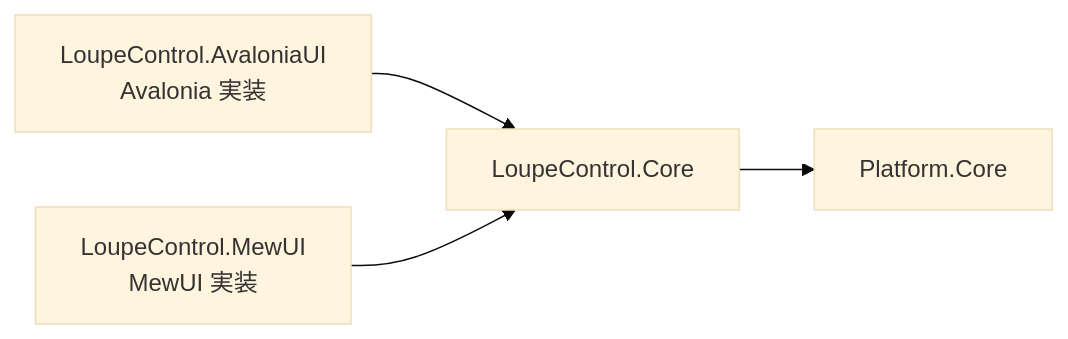
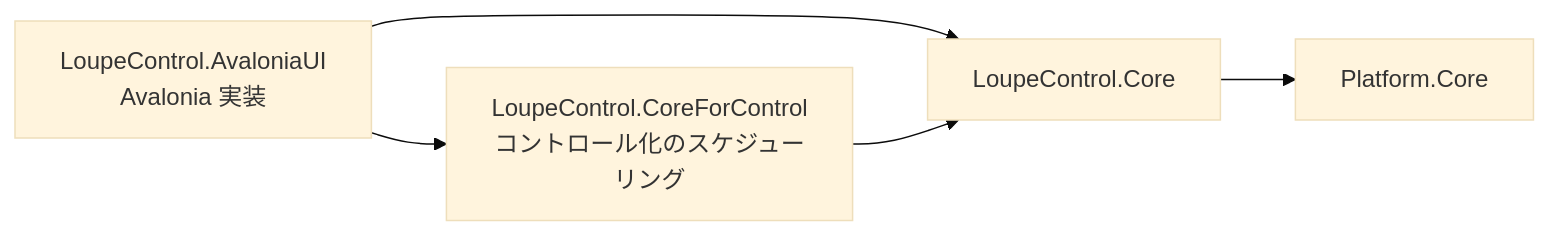
Before and after one commit to tomokuni/SaveEvidence: the first of 2 diagrams in src/LoupeControl.Core/SPEC_System.md, drawn with Mermaid (base theme). The commit also changed other lines of this file and 201 other files, not shown here.

````diff
--- a/src/LoupeControl.Core/SPEC_System.md
+++ b/src/LoupeControl.Core/SPEC_System.md
@@ -15,6 +15,7 @@
 ```mermaid
 graph LR
-  A[LoupeControl.AvaloniaUI<br/>Avalonia 実装] --> B[LoupeControl.Core]
-  C[LoupeControl.MewUI<br/>MewUI 実装] --> B
+  A[LoupeControl.AvaloniaUI<br/>Avalonia 実装] --> C[LoupeControl.CoreForControl<br/>コントロール化のスケジューリング]
+  A --> B[LoupeControl.Core]
+  C[LoupeControl.CoreForControl<br/>コントロール化のスケジューリング] --> B
   B --> D[Platform.Core]
 ```
````
